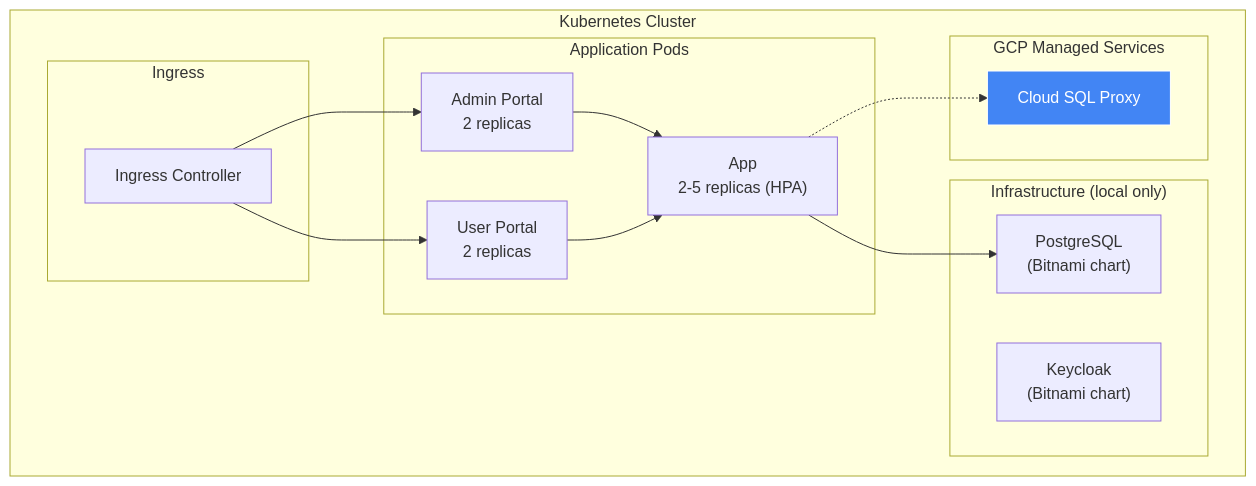
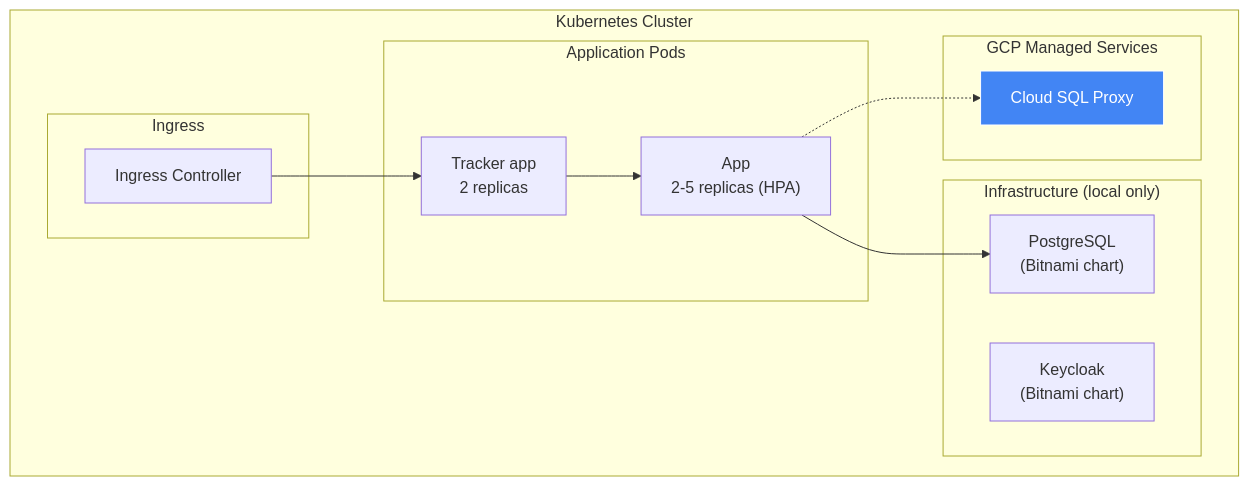
One commit to mszalus/workflow-platform changed the sixth of 6 diagrams in docs/architecture/c4-deployment.md. Above: the diagram before and after it, drawn with Mermaid. The commit also changed other lines of this file and 139 other files, not shown here.

First line of the commit message:
feat(frontend): cut over to the single tracker app

````diff
--- a/docs/architecture/c4-deployment.md
+++ b/docs/architecture/c4-deployment.md
@@ -140,32 +135,29 @@
 ```mermaid
 flowchart TD
     subgraph "Kubernetes Cluster"
         subgraph "Ingress"
             ING["Ingress Controller"]
         end
 
         subgraph "Application Pods"
             WF["App<br/>2-5 replicas (HPA)"]
-            AP["Admin Portal<br/>2 replicas"]
-            UP["User Portal<br/>2 replicas"]
+            WEB["Tracker app<br/>2 replicas"]
         end
 
         subgraph "Infrastructure (local only)"
             PG["PostgreSQL<br/>(Bitnami chart)"]
             KC["Keycloak<br/>(Bitnami chart)"]
         end
 
         subgraph "GCP Managed Services"
             CSQL["Cloud SQL Proxy"]
         end
     end
 
-    ING --> AP
-    ING --> UP
-    AP --> WF
-    UP --> WF
+    ING --> WEB
+    WEB --> WF
     WF --> PG
     WF -.-> CSQL
 
     style CSQL fill:#4285f4,stroke:#fff,color:#fff
 ```
````
